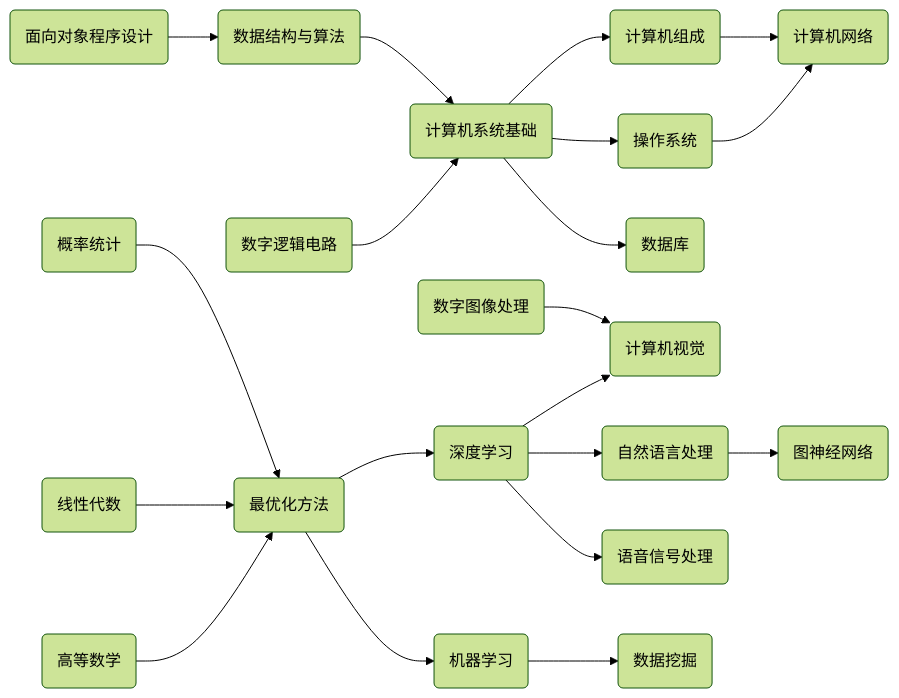
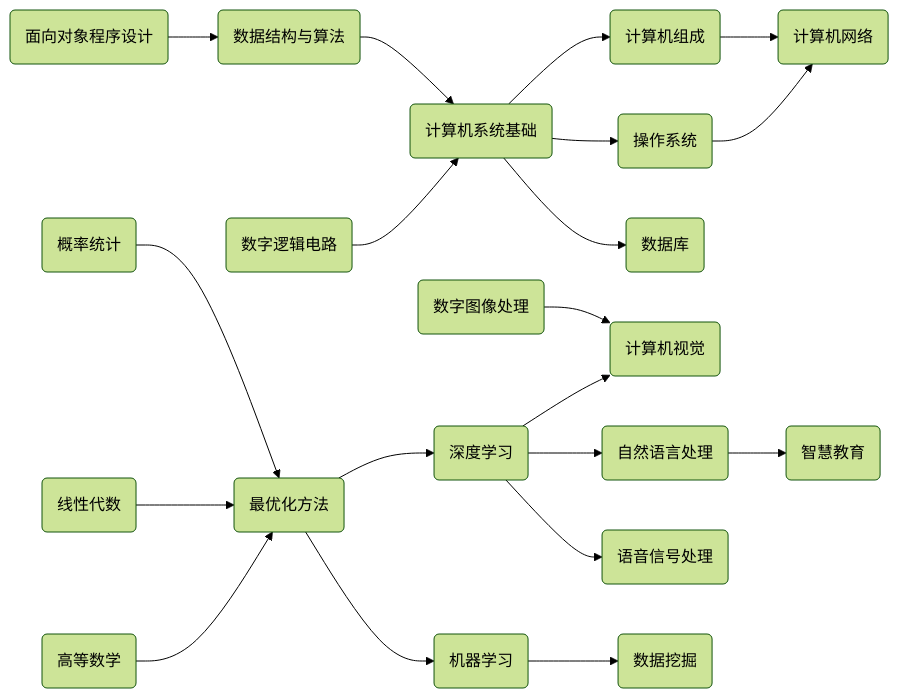
The first of 2 diagrams in README.md (Explorer-Dong/explorer-dong.github.io), drawn with Mermaid (forest theme) before and after one commit. The commit also changed 1 other file, not shown here.

Commit message:
fix: class name error

````diff
--- a/README.md
+++ b/README.md
@@ -16,42 +16,42 @@
 ```mermaid
 flowchart LR
     %% 实体定义
     面向对象程序设计(面向对象程序设计)
     数据结构与算法(数据结构与算法)
     数字逻辑电路(数字逻辑电路)
     计算机系统基础(计算机系统基础)
     数据库(数据库)
     操作系统(操作系统)
     计算机组成(计算机组成)
     计算机网络(计算机网络)
 
     %% 关系定义
     面向对象程序设计 --> 数据结构与算法 --> 计算机系统基础
     数字逻辑电路 --> 计算机系统基础 --> 数据库 & 操作系统 & 计算机组成
     计算机组成 & 操作系统 --> 计算机网络
 
     %% 实体定义
     数字图像处理(数字图像处理)
     机器学习(机器学习)
     深度学习(深度学习)
     数据挖掘(数据挖掘)
     自然语言处理(自然语言处理)
     计算机视觉(计算机视觉)
     语音信号处理(语音信号处理)
-    图神经网络(图神经网络)
+    智慧教育(智慧教育)
 
     %% 关系定义
     机器学习 --> 数据挖掘
     深度学习 --> 语音信号处理 & 自然语言处理 & 计算机视觉
-    自然语言处理 --> 图神经网络
+    自然语言处理 --> 智慧教育
     数字图像处理 --> 计算机视觉
 
     %% 实体定义
     高等数学(高等数学)
     线性代数(线性代数)
     概率统计(概率统计)
     最优化方法(最优化方法)
 
     %% 关系定义
     高等数学 & 线性代数 & 概率统计 --> 最优化方法 --> 机器学习 & 深度学习
 ```
````
